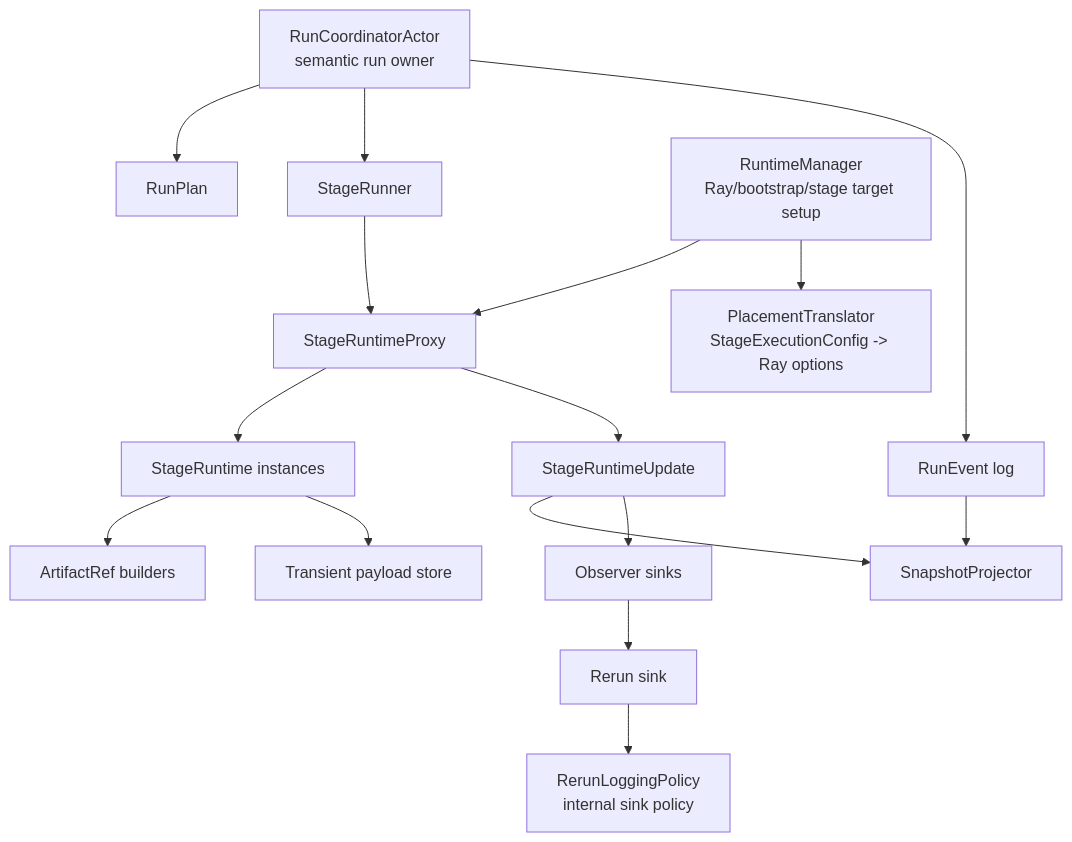
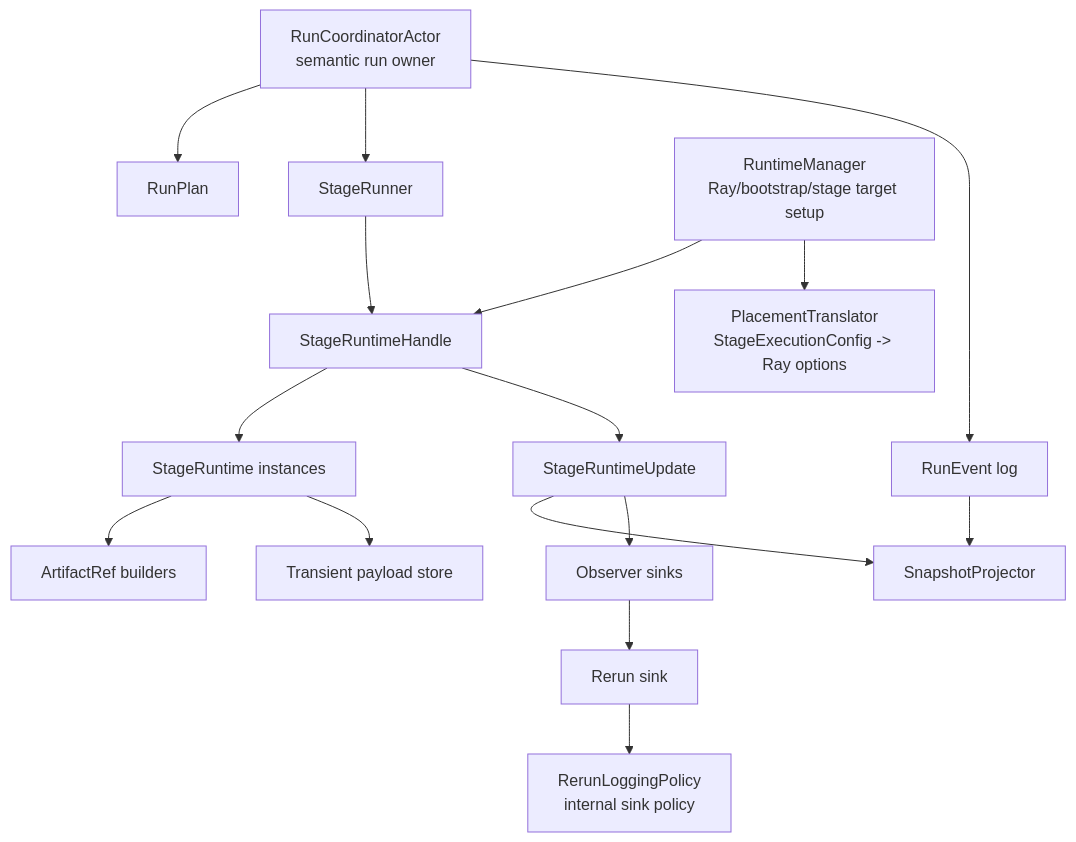
One commit to JanDuchscherer104/prml-vslam changed diagram 11 of 18 in docs/architecture/pipeline-stage-refactor-target.md. Above: the diagram before and after it, drawn with Mermaid. The commit also changed other lines of this file and 26 other files, not shown here.

Commit message:
docs: update stage ownership architecture

````diff
--- a/docs/architecture/pipeline-stage-refactor-target.md
+++ b/docs/architecture/pipeline-stage-refactor-target.md
@@ -1038,36 +1038,36 @@
 ```mermaid
 flowchart TB
     Coordinator["RunCoordinatorActor<br/>semantic run owner"]
     Plan["RunPlan"]
     Runner["StageRunner"]
-    RuntimeProxy["StageRuntimeProxy"]
+    RuntimeProxy["StageRuntimeHandle"]
     StageRuntime["StageRuntime instances"]
     Updates["StageRuntimeUpdate"]
     ObserverSinks["Observer sinks"]
     RerunSink["Rerun sink"]
     Events["RunEvent log"]
     Projector["SnapshotProjector"]
 
     RuntimeManager["RuntimeManager<br/>Ray/bootstrap/stage target setup"]
     Placement["PlacementTranslator<br/>StageExecutionConfig -> Ray options"]
     ArtifactMapper["ArtifactRef builders"]
     RerunPolicy["RerunLoggingPolicy<br/>internal sink policy"]
     PayloadStore["Transient payload store"]
 
     Coordinator --> Plan
     Coordinator --> Runner
     Runner --> RuntimeProxy
     RuntimeProxy --> StageRuntime
     Coordinator --> Events
     Events --> Projector
     RuntimeProxy --> Updates
     Updates --> Projector
     Updates --> ObserverSinks
     ObserverSinks --> RerunSink
     RerunSink --> RerunPolicy
 
     RuntimeManager --> RuntimeProxy
     RuntimeManager --> Placement
     StageRuntime --> ArtifactMapper
     StageRuntime --> PayloadStore
 ```
````
